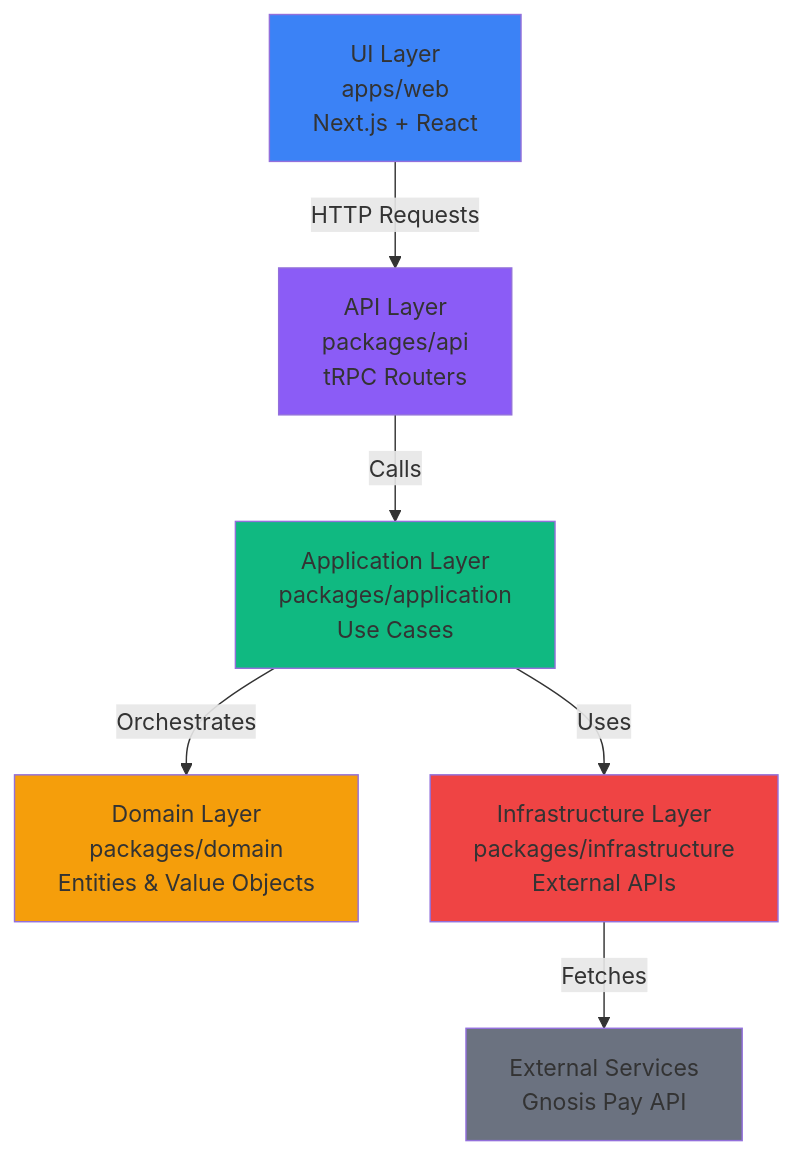
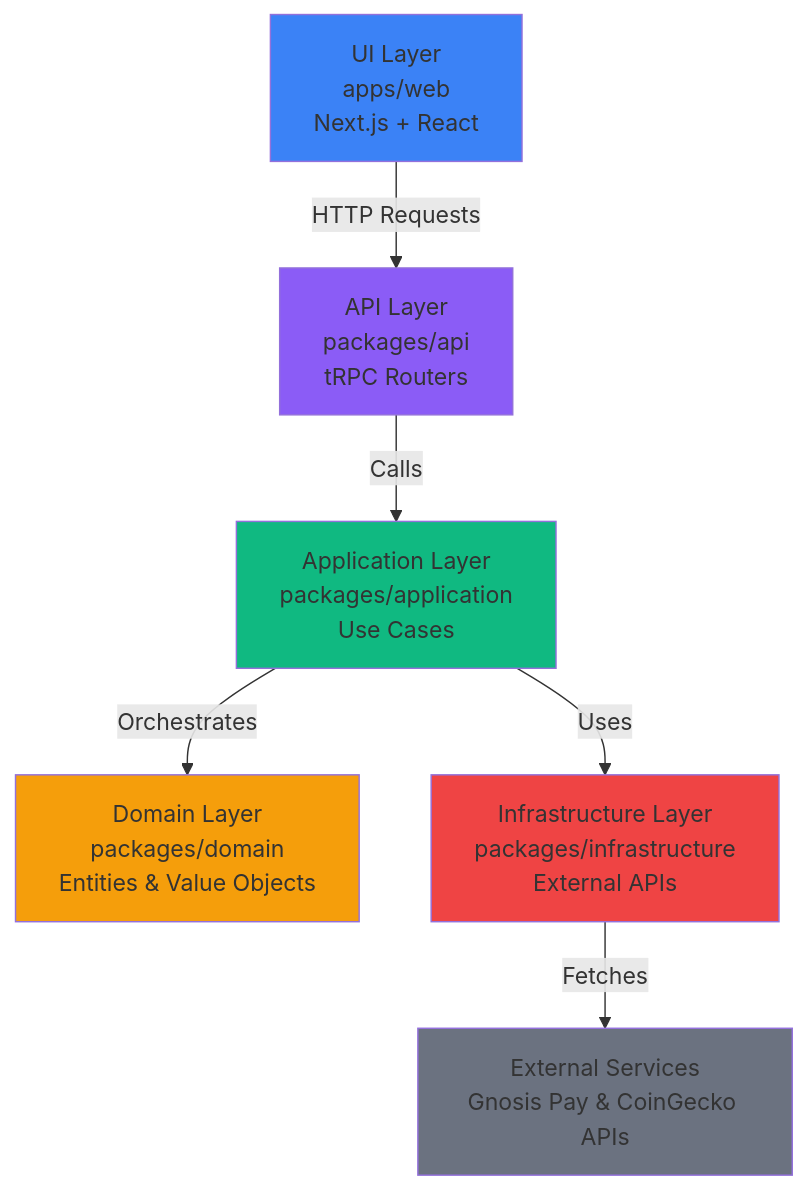
One commit to gfendres/payments-view changed the first of 2 diagrams in README.md. Above: the diagram before and after it, drawn with Mermaid. The commit also changed other lines of this file and 5 other files, not shown here.

````diff
--- a/README.md
+++ b/README.md
@@ -32,21 +32,21 @@
 ```mermaid
 graph TB
     UI[UI Layer<br/>apps/web<br/>Next.js + React]
     API[API Layer<br/>packages/api<br/>tRPC Routers]
     APP[Application Layer<br/>packages/application<br/>Use Cases]
     DOM[Domain Layer<br/>packages/domain<br/>Entities & Value Objects]
     INF[Infrastructure Layer<br/>packages/infrastructure<br/>External APIs]
 
     UI -->|HTTP Requests| API
     API -->|Calls| APP
     APP -->|Orchestrates| DOM
     APP -->|Uses| INF
-    INF -->|Fetches| EXT[External Services<br/>Gnosis Pay API]
+    INF -->|Fetches| EXT[External Services<br/>Gnosis Pay & CoinGecko APIs]
 
     style UI fill:#3b82f6
     style API fill:#8b5cf6
     style APP fill:#10b981
     style DOM fill:#f59e0b
     style INF fill:#ef4444
     style EXT fill:#6b7280
 ```
````
